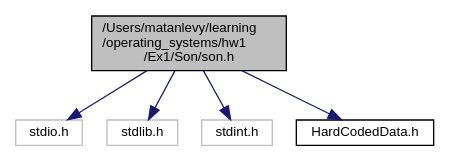
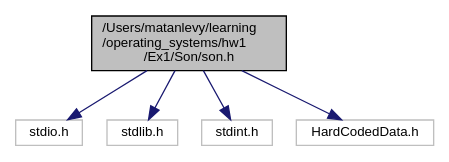
Before and after one commit to LevyMatan/ISP_ex1_doc: the diagram in son_8h__incl.dot, drawn with Graphviz. The commit also changed 94 other files, not shown here.

```diff
--- a/son_8h__incl.dot
+++ b/son_8h__incl.dot
@@ -1,16 +1,16 @@
 digraph "/Users/matanlevy/learning/operating_systems/hw1/Ex1/Son/son.h"
 {
  // INTERACTIVE_SVG=YES
  // LATEX_PDF_SIZE
   edge [fontname="Helvetica",fontsize="10",labelfontname="Helvetica",labelfontsize="10"];
   node [fontname="Helvetica",fontsize="10",shape=record];
   Node1 [label="/Users/matanlevy/learning\l/operating_systems/hw1\l/Ex1/Son/son.h",height=0.2,width=0.4,color="black", fillcolor="grey75", style="filled", fontcolor="black",tooltip="Son header file."];
   Node1 -> Node2 [color="midnightblue",fontsize="10",style="solid",fontname="Helvetica"];
   Node2 [label="stdio.h",height=0.2,width=0.4,color="grey75", fillcolor="white", style="filled",tooltip=" "];
   Node1 -> Node3 [color="midnightblue",fontsize="10",style="solid",fontname="Helvetica"];
   Node3 [label="stdlib.h",height=0.2,width=0.4,color="grey75", fillcolor="white", style="filled",tooltip=" "];
   Node1 -> Node4 [color="midnightblue",fontsize="10",style="solid",fontname="Helvetica"];
   Node4 [label="stdint.h",height=0.2,width=0.4,color="grey75", fillcolor="white", style="filled",tooltip=" "];
   Node1 -> Node5 [color="midnightblue",fontsize="10",style="solid",fontname="Helvetica"];
-  Node5 [label="HardCodedData.h",height=0.2,width=0.4,color="black", fillcolor="white", style="filled",URL="$_son_2_hard_coded_data_8h.html",tooltip="Son hard coded data. Instead of using magic numbers and string in the code, meanigful defined names w..."];
+  Node5 [label="HardCodedData.h",height=0.2,width=0.4,color="grey75", fillcolor="white", style="filled",tooltip=" "];
 }
```
